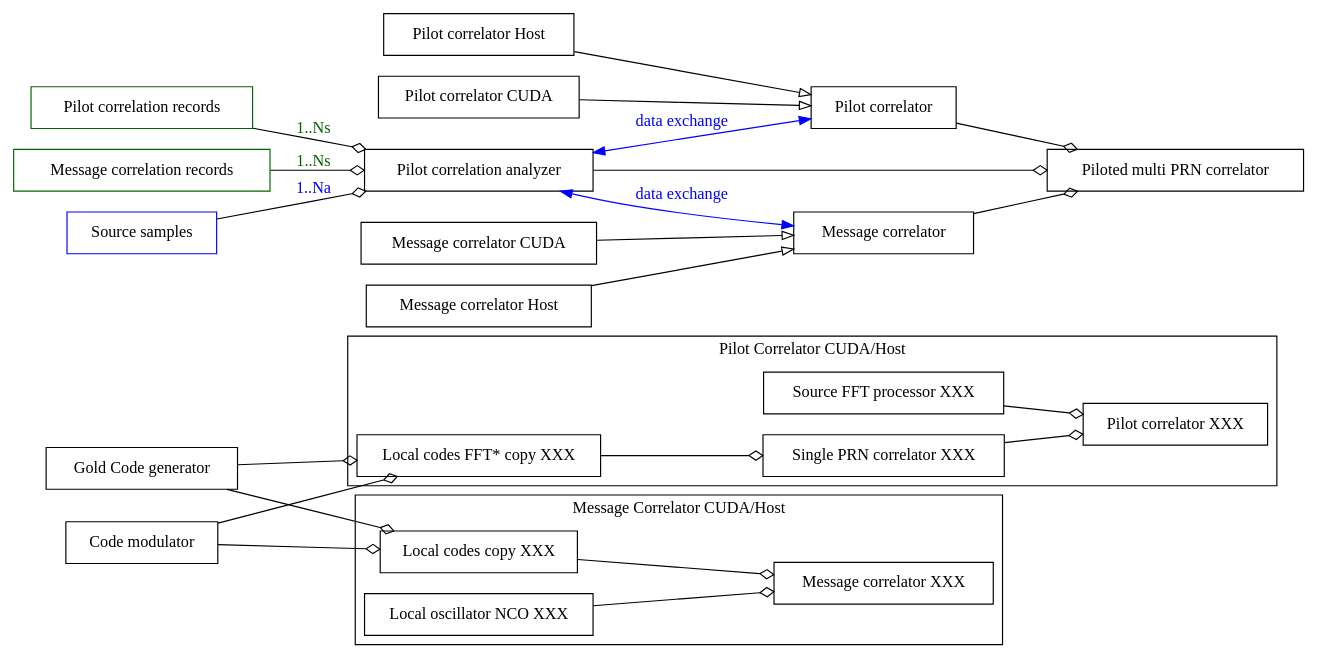
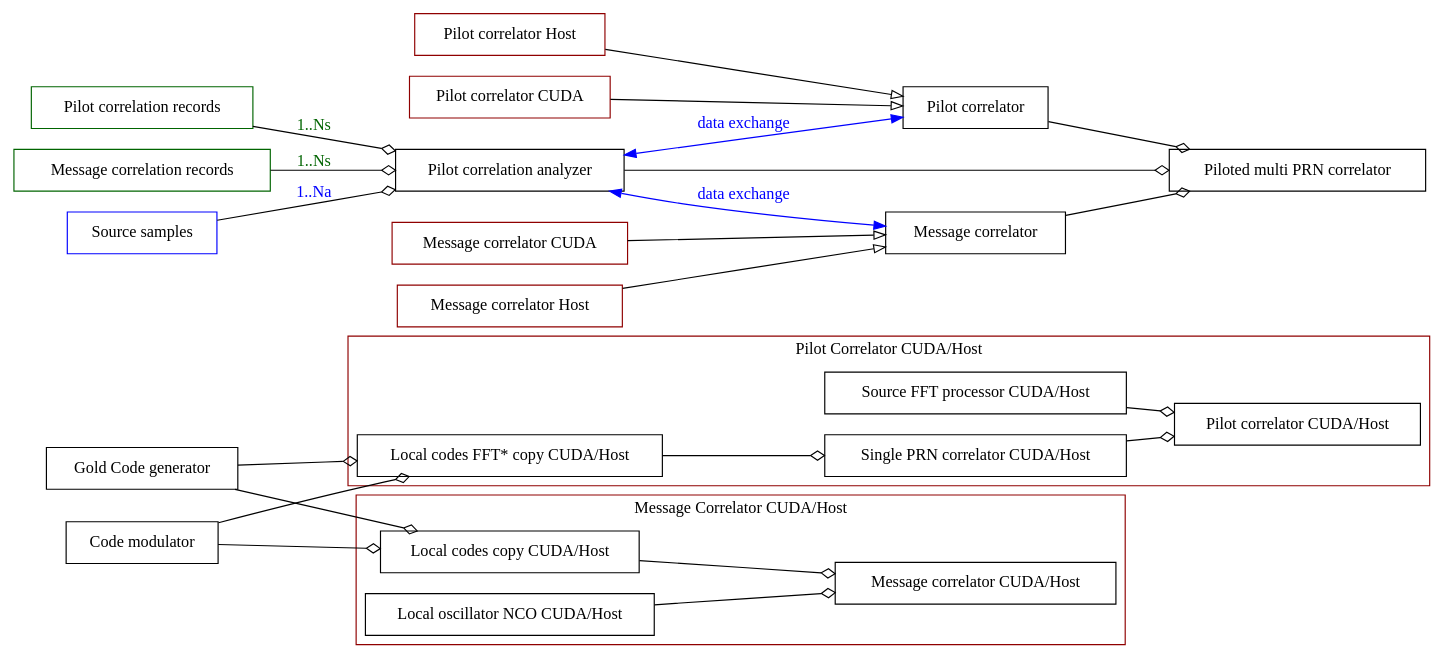
Before and after one commit to f4exb/wsgc: the diagram in img/wsgc_cpp_proto_correlator.dot, drawn with Graphviz. The commit also changed 1 other file, not shown here.

Commit message:
new diagram for pilot correlator

```diff
--- a/img/wsgc_cpp_proto_correlator.dot
+++ b/img/wsgc_cpp_proto_correlator.dot
@@ -1,67 +1,69 @@
 digraph G {
     rankdir=LR 
     
     subgraph cluster_0
     {
         label = "Pilot Correlator CUDA/Host"
+        color = "#8f0000"
         
-        pilot_correlator_xxx [shape=box, label="Pilot correlator XXX"];
-        single_prn_correlator [shape=box, label="Single PRN correlator XXX"];
-        source_fft [shape=box, label="Source FFT processor XXX"];
-        local_codes_fft [shape=box, label="Local codes FFT* copy XXX"];
+        pilot_correlator_xxx [shape=box, label="Pilot correlator CUDA/Host"];
+        single_prn_correlator [shape=box, label="Single PRN correlator CUDA/Host"];
+        source_fft [shape=box, label="Source FFT processor CUDA/Host"];
+        local_codes_fft [shape=box, label="Local codes FFT* copy CUDA/Host"];
         
         source_fft -> pilot_correlator_xxx [arrowhead=ediamond];
         single_prn_correlator -> pilot_correlator_xxx [arrowhead=ediamond];
         local_codes_fft -> single_prn_correlator [arrowhead=ediamond];
     }
     
     subgraph cluster_1
     {
         label = "Message Correlator CUDA/Host"
+        color = "#8f0000"
         
-        message_correlator_xxx [shape=box, label="Message correlator XXX"];
-        local_codes [shape=box, label="Local codes copy XXX"];
-        local_oscillator [shape=box, label="Local oscillator NCO XXX"];
+        message_correlator_xxx [shape=box, label="Message correlator CUDA/Host"];
+        local_codes [shape=box, label="Local codes copy CUDA/Host"];
+        local_oscillator [shape=box, label="Local oscillator NCO CUDA/Host"];
 
         local_oscillator -> message_correlator_xxx [arrowhead=ediamond];
         local_codes -> message_correlator_xxx [arrowhead=ediamond];
     }
     
     gold_code_generator [shape=box, label="Gold Code generator"];
     code_modulator [shape=box, label="Code modulator"];
     
     gold_code_generator -> local_codes_fft [arrowhead=ediamond];
     code_modulator -> local_codes_fft [arrowhead=ediamond];
     
     pilot_correlator [shape=box, label="Pilot correlator"];
-    pilot_correlator_host [shape=box, label="Pilot correlator Host"];
-    pilot_correlator_cuda [shape=box, label="Pilot correlator CUDA"];
+    pilot_correlator_host [shape=box, label="Pilot correlator Host", color = "#8f0000"];
+    pilot_correlator_cuda [shape=box, label="Pilot correlator CUDA", color = "#8f0000"];
     pilot_correlator_host -> pilot_correlator [arrowhead=empty];
     pilot_correlator_cuda -> pilot_correlator [arrowhead=empty];
 
     message_correlator [shape=box, label="Message correlator"];
-    message_correlator_host [shape=box, label="Message correlator Host"];
-    message_correlator_cuda [shape=box, label="Message correlator CUDA"];
+    message_correlator_host [shape=box, label="Message correlator Host", color = "#8f0000"];
+    message_correlator_cuda [shape=box, label="Message correlator CUDA", color = "#8f0000"];
     message_correlator_host -> message_correlator [arrowhead=empty];
     message_correlator_cuda -> message_correlator [arrowhead=empty];
 
     gold_code_generator -> local_codes [arrowhead=ediamond];
     code_modulator -> local_codes [arrowhead=ediamond];
 
     piloted_multi_correlator [shape=box, label="Piloted multi PRN correlator"];
     pilot_correlation_analyzer [shape=box, label="Pilot correlation analyzer"];
     pilot_correlation_analyzer -> piloted_multi_correlator [arrowhead=ediamond];
     pilot_correlator -> piloted_multi_correlator [arrowhead=ediamond];
     message_correlator -> piloted_multi_correlator [arrowhead=ediamond];
     
     source_samples [shape=box, label="Source samples", color=blue];
     pilot_correlation_records [shape=box, label="Pilot correlation records", color=darkgreen];
     message_correlation_records [shape=box, label="Message correlation records", color=darkgreen];
     
     source_samples -> pilot_correlation_analyzer [arrowhead=ediamond, label="1..Na", fontcolor=blue];
     pilot_correlation_records -> pilot_correlation_analyzer [arrowhead=ediamond, label="1..Ns", fontcolor=darkgreen];
     message_correlation_records -> pilot_correlation_analyzer [arrowhead=ediamond, label="1..Ns", fontcolor=darkgreen];
     
     pilot_correlation_analyzer -> pilot_correlator [dir=both, label="data exchange", color=blue, fontcolor=blue];
     pilot_correlation_analyzer -> message_correlator [dir=both, label="data exchange", color=blue, fontcolor=blue];
 }
```
